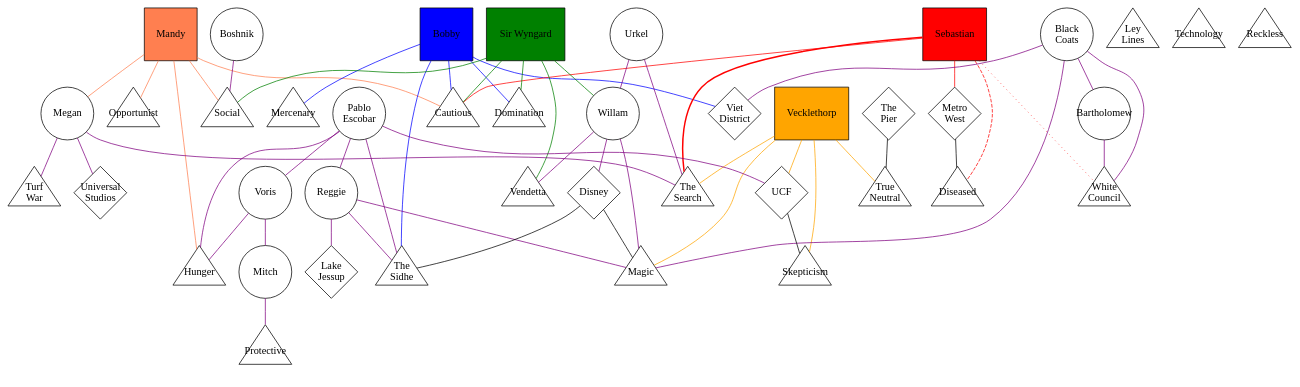
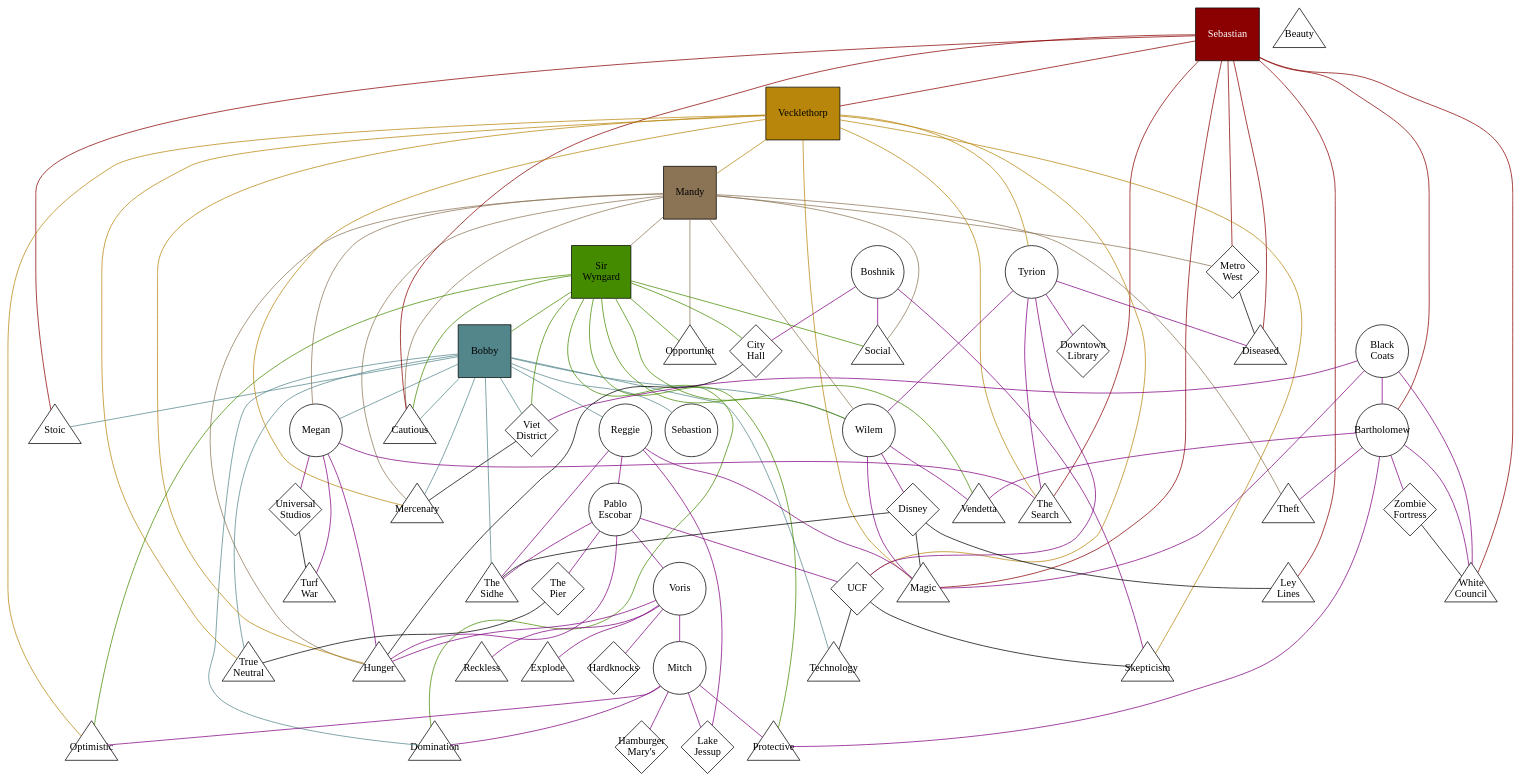
One commit to stevenvergenz/vergenz-dresden-map changed the diagram in might-of-aurora/might-of-aurora.dot. Above: the diagram before and after it, drawn with Graphviz.

Commit message:
Added nodes, updated links, and changed colors
Maybe change splines=ortho and add concentrate="true" to main graph properties.

```diff
--- a/might-of-aurora/might-of-aurora.dot
+++ b/might-of-aurora/might-of-aurora.dot
@@ -7,45 +7,54 @@
 	subgraph pcs
 	{
 		node [fixedsize="false", shape=box, style="filled"]
-		"Mandy" [fillcolor="coral"]
-		"Bobby" [fillcolor="blue"]
-		"Sebastian" [fillcolor="red"]
-		"Vecklethorp" [fillcolor="orange"]
-		"Sir Wyngard" [fillcolor="green"]
+
+		"Mandy"
+		"Bobby"
+		"Sebastian" 
+		"Vecklethorp"
+		"Sir\nWyngard"
 	}
 
 // ==================== ASPECTS ====================
 	subgraph aspects
 	{
-		node [shape=triangle, regular=true]
+		node [shape=triangle, type="regular"]
+
 		"The\nSearch"
-		"Turf\nWar"
-		Magic
-		"The\nSidhe"
-		"Ley\nLines"
 		Domination
 		Vendetta
 		Opportunist
-		Hunger
-		Diseased
-		Mercenary
-		"White\nCouncil"
 		Cautious
-		"True\nNeutral"
-		Skepticism
 		Social
 		Protective
+		Reckless
+		Stoic
+		Explode
+		Beauty
+		Theft
+		Optimistic
+		"Turf\nWar"
+		"The\nSidhe"
 		Technology
-		Reckless
+		Diseased
+		"Ley\nLines"
+		Magic
+		"White\nCouncil"
+		Skepticism
+		Hunger
+		Mercenary
+		"True\nNeutral"	
+		Technology
 	}
 
 // ==================== FACES ====================
 	subgraph faces
 	{
 		node [shape="circle"]
-		Urkel
+
+		Tyrion
 		Megan
-		Willam
+		Wilem
 		"Black\nCoats"
 		"Pablo\nEscobar"
 		Reggie
@@ -59,6 +68,7 @@
 	subgraph locations
 	{
 		node [shape="diamond"]
+
 		UCF
 		"Universal\nStudios"
 		Disney
@@ -66,6 +76,11 @@
 		"Metro\nWest"
 		"Lake\nJessup"
 		"Viet\nDistrict"
+		"Hamburger\nMary's"
+		Hardknocks
+		"City\nHall"
+		"Downtown\nLibrary"
+		"Zombie\nFortress"
 	}
 
 // ==================== PLAYER CHARACTER GROUPS ====================
@@ -73,103 +88,149 @@
 	// Mandy (Travis)
 	subgraph Mandy_links
 	{
-		edge [color="coral"]
-		//Mandy
+		Mandy [fillcolor="burlywood4"]
+		edge [color="burlywood4"]
+
 		Mandy -- Hunger
 		Mandy -- Cautious
 		Mandy -- Opportunist
 		Mandy -- Social
 		Mandy -- Megan
+		Mandy -- Theft
+		Mandy -- Mercenary
+		Mandy -- Wilem
+		Mandy -- "Metro\nWest"
+		Mandy -- "Sir\nWyngard"
 	}
 
 	// Bobby (Steve)
 	subgraph Bobby_links
 	{
-		edge [color="blue"]
-		//Bobby
+		Bobby [fillcolor="cadetblue4"]
+		edge [color="cadetblue4"]
+
 		Bobby -- "The\nSidhe"
 		Bobby -- Domination
 		Bobby -- Cautious
 		Bobby -- Mercenary
 		Bobby -- "Viet\nDistrict"
+		Bobby -- Stoic
+		Bobby -- Megan
+		Bobby -- Reggie
+		Bobby -- "True\nNeutral"
+		Bobby -- Wilem
+		Bobby -- Sebastion
+		Bobby -- Technology
 	}
 
 	// Sebastian (Roscoe)
 	subgraph Sebastian_links
 	{
-		edge [color="red"]
-		//Sebastian
+		Sebastian [fillcolor="red4", fontcolor="white"]
+		edge [color="red4"]
 
-		// High Concept
-		Sebastian -- "The\nSearch" [style="bold"]
-
-		// Motivation
-		Sebastian -- Diseased [style="dashed"]
-
-		// Trouble
-		Sebastian -- "White\nCouncil" [style="dotted"]
-
-		// Aspects
+	// High Concept
+		Sebastian -- "The\nSearch"
+	// Trouble
+		Sebastian -- "White\nCouncil"
+	// Aspects
+		Sebastian -- Diseased
 		Sebastian -- Cautious
-
-		// Locations
+		Sebastian -- Stoic
+		Sebastian -- Magic
+		Sebastian -- "Ley\nLines"
+	// Locations
 		Sebastian -- "Metro\nWest"
-
+	// Co Stars
+		Sebastian -- Vecklethorp
+	// Associates
+		Sebastian -- Bartholomew
 	}
 
 	// Vecklethorp (Erik)
 	subgraph Vecklethorp_links
 	{
-		edge [color="orange"]
-		//Vecklethorp
+		Vecklethorp [fillcolor="darkgoldenrod"]
+		edge [color="darkgoldenrod"]
+
 		Vecklethorp -- "The\nSearch"
 		Vecklethorp -- Magic
 		Vecklethorp -- "True\nNeutral"
 		Vecklethorp -- Skepticism
 		Vecklethorp -- UCF
+		Vecklethorp -- Mandy
+		Vecklethorp -- Hunger
+		Vecklethorp -- Tyrion
+		Vecklethorp -- Mercenary
+		Vecklethorp -- Optimistic
 	}
 
 	// Wyngard (Chris)
-	subgraph "Sir Wyngard_links"
+	subgraph "Sir\nWyngard_links"
 	{
-		edge [color="green"]
-		//"Sir Wyngard"
-		"Sir Wyngard" -- Vendetta
-		"Sir Wyngard" -- Domination
-		"Sir Wyngard" -- Cautious
-		"Sir Wyngard" -- Social
-		"Sir Wyngard" -- Willam
+		"Sir\nWyngard" [fillcolor="chartreuse4"]
+		edge [color="chartreuse4"]
+
+		"Sir\nWyngard" -- Vendetta
+		"Sir\nWyngard" -- Domination
+		"Sir\nWyngard" -- Cautious
+		"Sir\nWyngard" -- Social
+		"Sir\nWyngard" -- Wilem
+		"Sir\nWyngard" -- "City\nHall"
+		"Sir\nWyngard" -- Opportunist
+		"Sir\nWyngard" -- Protective
+		"Sir\nWyngard" -- Bobby
+		"Sir\nWyngard" -- "Viet\nDistrict"
+		"Sir\nWyngard" -- Optimistic
 	}
 
 // ==================== FACE GROUPS ====================
 	subgraph face_links
 	{
 		edge [color="purple"]
-		Urkel -- "The\nSearch"
-		Urkel -- Willam
+		Tyrion -- "The\nSearch"
+		Tyrion -- "Downtown\nLibrary"
+		Tyrion -- UCF
+		Tyrion -- Diseased
+		Tyrion -- Wilem
+		Wilem -- Vendetta
+		Wilem -- Disney
+		Wilem -- Magic
 		Megan -- "The\nSearch"
 		Megan -- "Turf\nWar"
+		Megan -- Hunger
 		Megan -- "Universal\nStudios"
-		Willam -- Vendetta
-		Willam -- Disney
-		Willam -- Magic
 		"Black\nCoats" -- Magic
-		"Black\nCoats" -- Bartholomew
 		"Black\nCoats" -- "White\nCouncil"
 		"Black\nCoats" -- "Viet\nDistrict"
-		"Pablo\nEscobar" -- UCF
-		"Pablo\nEscobar" -- "The\nSidhe"
-		"Pablo\nEscobar" -- Voris
-		"Pablo\nEscobar" -- Reggie
-		"Pablo\nEscobar" -- Hunger
+		"Black\nCoats" -- Bartholomew
+		Bartholomew -- "White\nCouncil"
+		Bartholomew -- "Zombie\nFortress"
+		Bartholomew -- Theft
+		Bartholomew -- Protective
+		Bartholomew -- Vendetta
 		Reggie -- "Lake\nJessup"
 		Reggie -- Magic
 		Reggie -- "The\nSidhe"
-		Bartholomew -- "White\nCouncil"
-		Boshnik -- Social
+		Reggie -- "Pablo\nEscobar"
+		"Pablo\nEscobar" -- UCF
+		"Pablo\nEscobar" -- "The\nSidhe"
+		"Pablo\nEscobar" -- "The\nPier"
+		"Pablo\nEscobar" -- Hunger
+		"Pablo\nEscobar" -- Voris
 		Voris -- Hunger
+		Voris -- Hardknocks
+		Voris -- Explode
+		Voris -- Reckless
 		Voris -- Mitch
 		Mitch -- Protective
+		Mitch -- "Lake\nJessup"
+		Mitch -- Domination
+		Mitch -- Optimistic
+		Mitch -- "Hamburger\nMary's"
+		Boshnik -- Social
+		Boshnik -- "City\nHall"
+		Boshnik -- Skepticism
 	}
 
 // ==================== LOCATION GROUPS ====================
@@ -177,10 +238,19 @@
 	subgraph location_links
 	{
 		UCF -- Skepticism
+		UCF -- Technology
 		Disney -- "The\nSidhe"
 		Disney -- Magic
+		Disney -- "Ley\nLines"
 		"The\nPier" -- "True\nNeutral"
 		"Metro\nWest" -- Diseased
+		"City\nHall" -- Hunger
+		"Universal\nStudios" -- "Turf\nWar"
+		"Viet\nDistrict" -- Mercenary
+		"Zombie\nFortress" -- "White\nCouncil"
+		// No Links
+		// "Hamburger\nMary's"
+		// Hardknocks
 	}
 
 }
```
